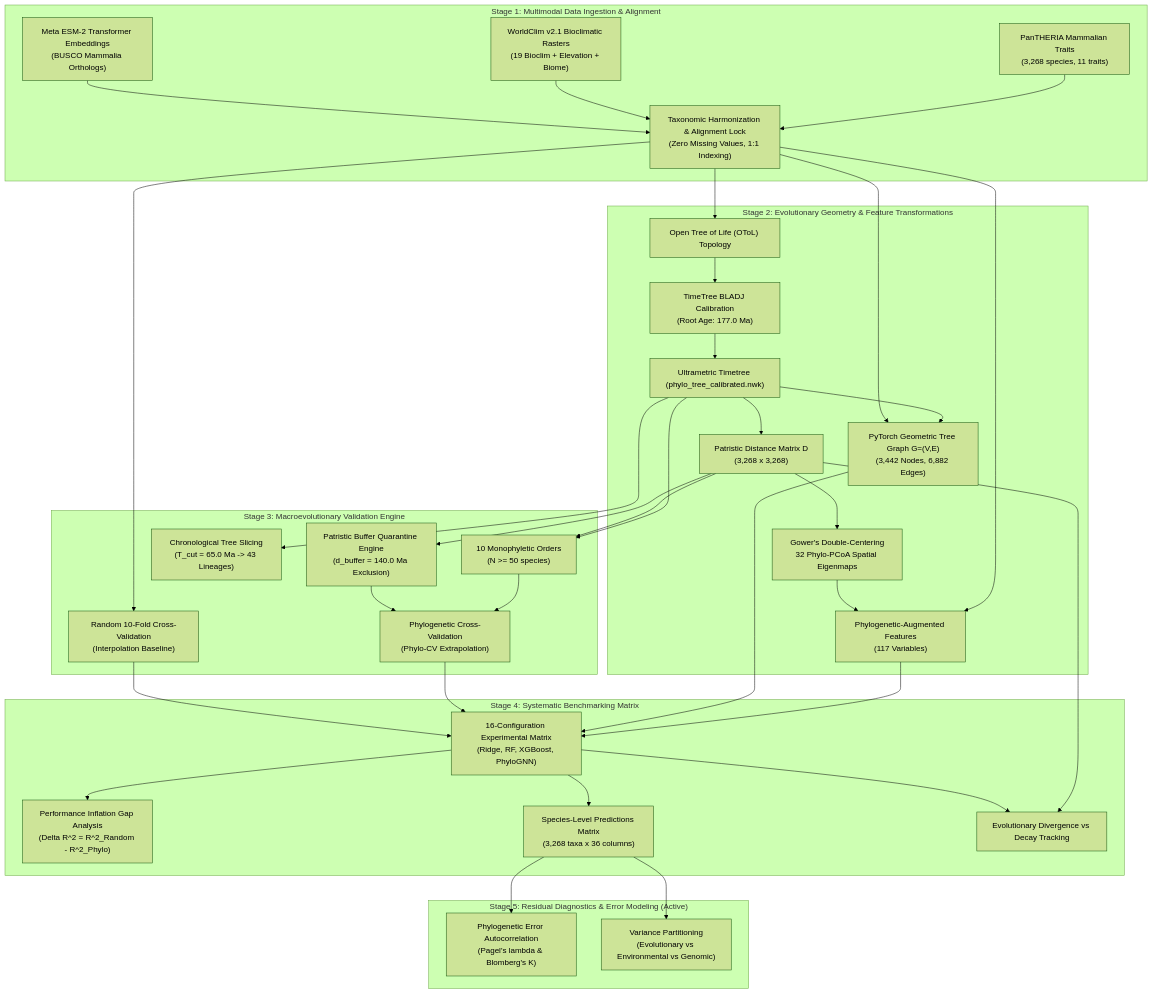
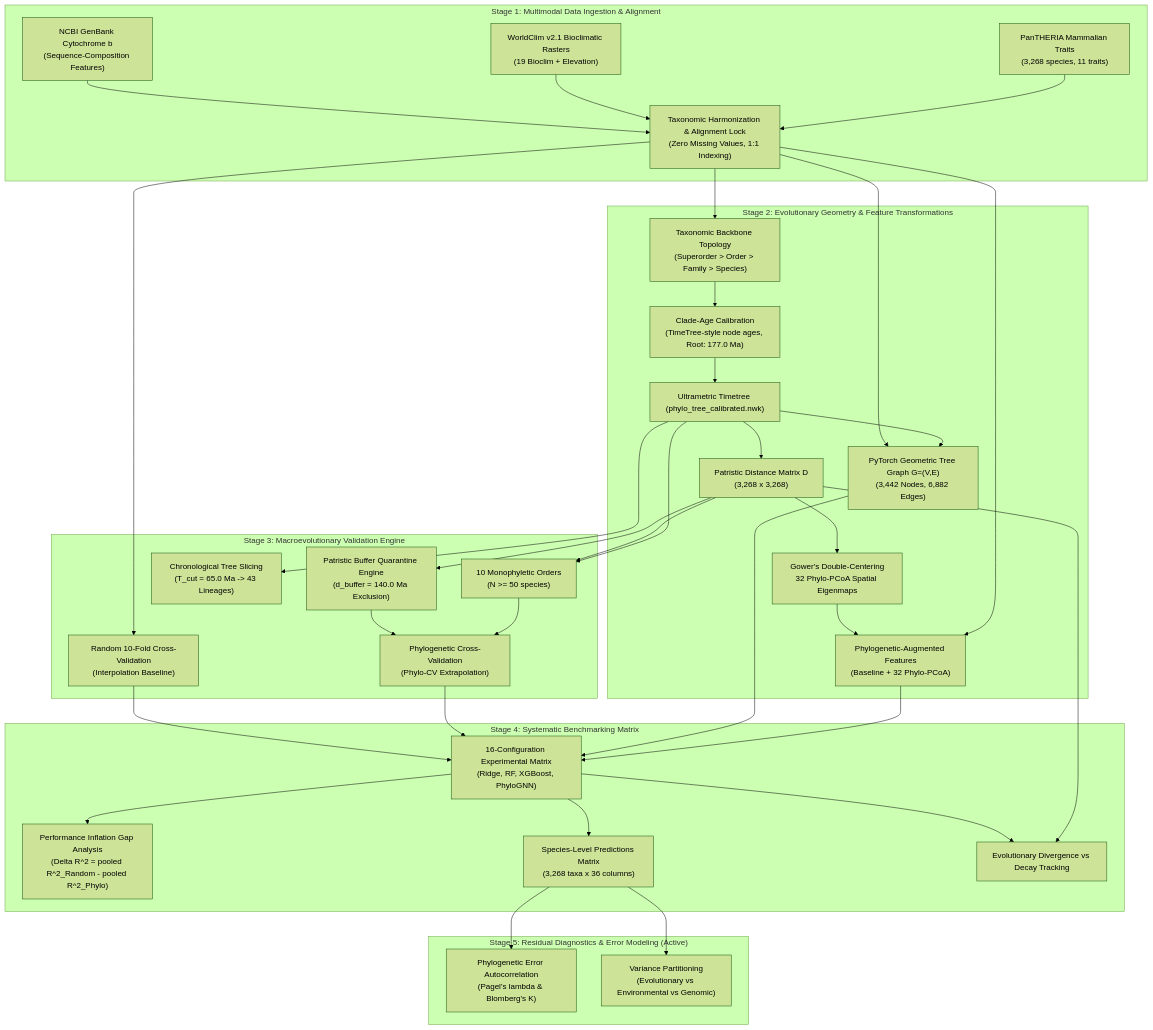
One commit to f3ltz/phenix changed the diagram in README.md. Above: the diagram before and after it, drawn with Mermaid (forest theme). The commit also changed other lines of this file and 34 other files, not shown here.

````diff
--- a/README.md
+++ b/README.md
@@ -18,39 +18,39 @@
 ```mermaid
 flowchart TD
     subgraph S1 ["Stage 1: Multimodal Data Ingestion & Alignment"]
         P1["PanTHERIA Mammalian Traits\n(3,268 species, 11 traits)"]
-        E1["WorldClim v2.1 Bioclimatic Rasters\n(19 Bioclim + Elevation + Biome)"]
-        G1["Meta ESM-2 Transformer Embeddings\n(BUSCO Mammalia Orthologs)"]
+        E1["WorldClim v2.1 Bioclimatic Rasters\n(19 Bioclim + Elevation)"]
+        G1["NCBI GenBank Cytochrome b\n(Sequence-Composition Features)"]
         P1 & E1 & G1 --> A1["Taxonomic Harmonization & Alignment Lock\n(Zero Missing Values, 1:1 Indexing)"]
     end
 
     subgraph S2 ["Stage 2: Evolutionary Geometry & Feature Transformations"]
-        A1 --> O1["Open Tree of Life (OToL) Topology"]
-        O1 --> C1["TimeTree BLADJ Calibration\n(Root Age: 177.0 Ma)"]
+        A1 --> O1["Taxonomic Backbone Topology\n(Superorder > Order > Family > Species)"]
+        O1 --> C1["Clade-Age Calibration\n(TimeTree-style node ages, Root: 177.0 Ma)"]
         C1 --> T1["Ultrametric Timetree (phylo_tree_calibrated.nwk)"]
         T1 --> D1["Patristic Distance Matrix D\n(3,268 x 3,268)"]
         D1 --> PC1["Gower's Double-Centering\n32 Phylo-PCoA Spatial Eigenmaps"]
-        A1 & PC1 --> AF["Phylogenetic-Augmented Features\n(117 Variables)"]
+        A1 & PC1 --> AF["Phylogenetic-Augmented Features\n(Baseline + 32 Phylo-PCoA)"]
         T1 & A1 --> GR["PyTorch Geometric Tree Graph G=(V,E)\n(3,442 Nodes, 6,882 Edges)"]
     end
 
     subgraph S3 ["Stage 3: Macroevolutionary Validation Engine"]
         T1 & D1 --> MO["10 Monophyletic Orders\n(N >= 50 species)"]
         T1 --> TC["Chronological Tree Slicing\n(T_cut = 65.0 Ma -> 43 Lineages)"]
         D1 --> BZ["Patristic Buffer Quarantine Engine\n(d_buffer = 140.0 Ma Exclusion)"]
         MO & BZ --> PCV["Phylogenetic Cross-Validation\n(Phylo-CV Extrapolation)"]
         A1 --> RCV["Random 10-Fold Cross-Validation\n(Interpolation Baseline)"]
     end
 
     subgraph S4 ["Stage 4: Systematic Benchmarking Matrix"]
         AF & GR & PCV & RCV --> BM["16-Configuration Experimental Matrix\n(Ridge, RF, XGBoost, PhyloGNN)"]
-        BM --> IG["Performance Inflation Gap Analysis\n(Delta R^2 = R^2_Random - R^2_Phylo)"]
+        BM --> IG["Performance Inflation Gap Analysis\n(Delta R^2 = pooled R^2_Random - pooled R^2_Phylo)"]
         BM --> PM["Species-Level Predictions Matrix\n(3,268 taxa x 36 columns)"]
         D1 & BM --> DT["Evolutionary Divergence vs Decay Tracking"]
     end
 
     subgraph S5 ["Stage 5: Residual Diagnostics & Error Modeling (Active)"]
         PM --> RD["Phylogenetic Error Autocorrelation\n(Pagel's lambda & Blomberg's K)"]
         PM --> VA["Variance Partitioning\n(Evolutionary vs Environmental vs Genomic)"]
     end
 ```
````
